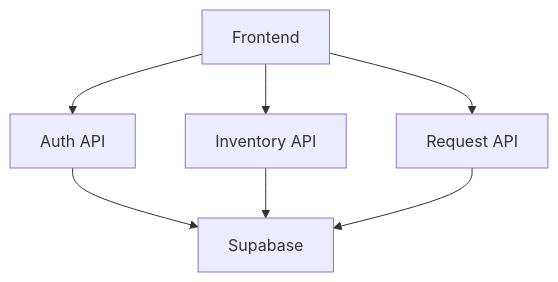
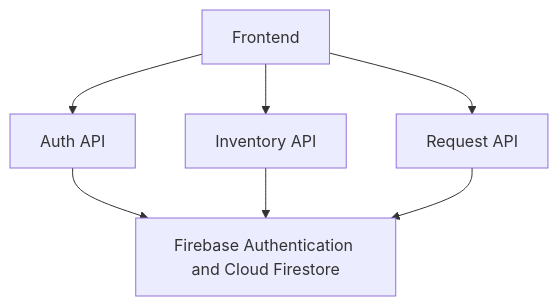
One commit to rashmiranjanrout2005-eng/LifeLink changed the diagram in docs/diagrams/dfd-level-1.md. Above: the diagram before and after it, drawn with Mermaid. The commit also changed 63 other files, not shown here.

Commit message:
Replace Supabase with Firebase

````diff
--- a/docs/diagrams/dfd-level-1.md
+++ b/docs/diagrams/dfd-level-1.md
@@ -1,9 +1,9 @@
 ```mermaid
 flowchart TD
 A[Frontend] --> B[Auth API]
 A --> C[Inventory API]
 A --> D[Request API]
-B --> E[Supabase]
+B --> E[Firebase Authentication and Cloud Firestore]
 C --> E
 D --> E
 ``` 
````
